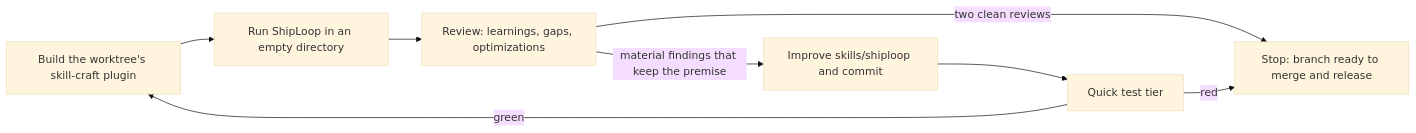
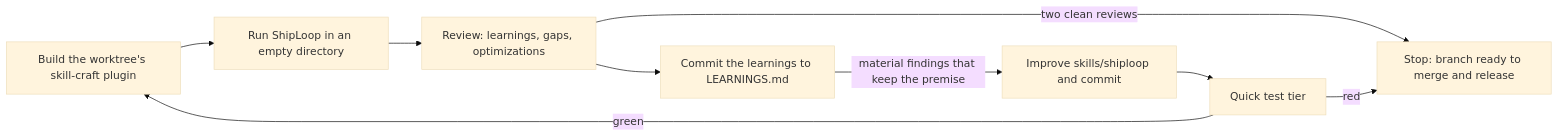
One commit to whichguy/skill-craft changed the diagram in test/shiploop_e2e/README.md. Above: the diagram before and after it, drawn with Mermaid (base theme). The commit also changed other lines of this file and 5 other files, not shown here.

First line of the commit message:
test(shiploop): make every E2E iteration record and build on its learnings

````diff
--- a/test/shiploop_e2e/README.md
+++ b/test/shiploop_e2e/README.md
@@ -10,10 +10,11 @@
 ```mermaid
 flowchart LR
     B[Build the worktree's skill-craft plugin] --> R[Run ShipLoop in an empty directory]
     R --> V[Review: learnings, gaps, optimizations]
-    V -->|material findings that keep the premise| I[Improve skills/shiploop and commit]
+    V --> L[Commit the learnings to LEARNINGS.md]
+    L -->|material findings that keep the premise| I[Improve skills/shiploop and commit]
     I --> T[Quick test tier]
     T -->|green| B
     V -->|two clean reviews| S[Stop: branch ready to merge and release]
     T -->|red| S
 ```
````
